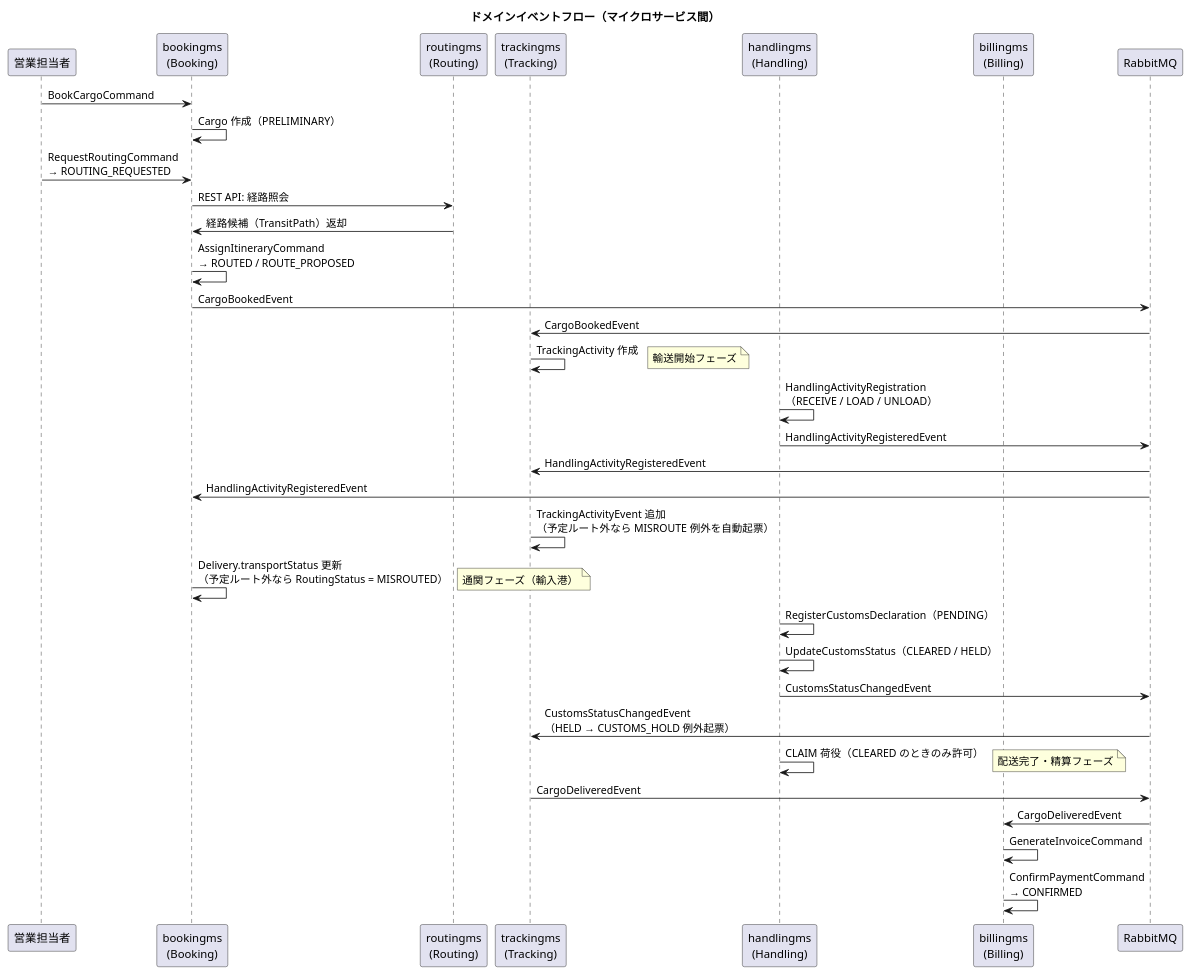
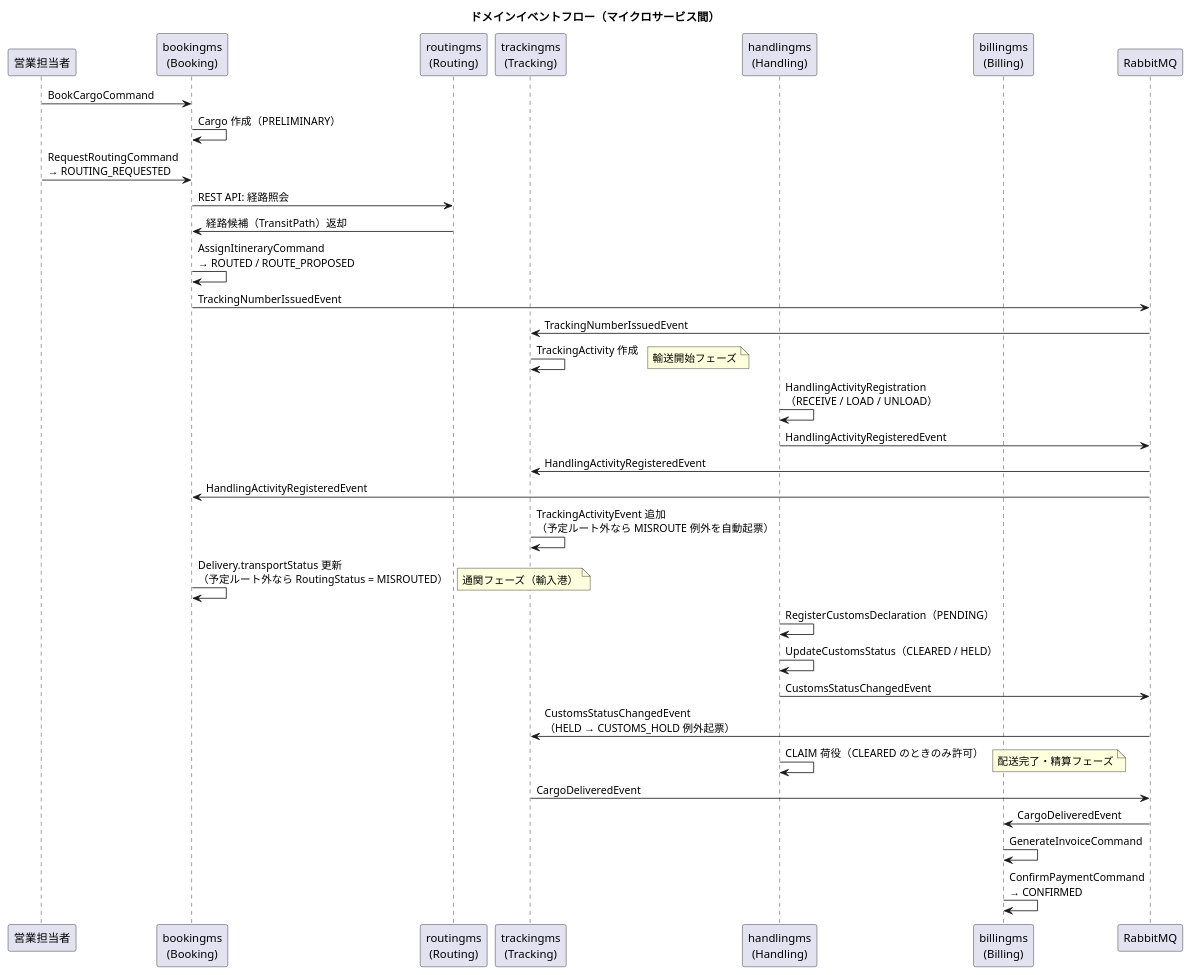
The tenth of 10 diagrams in docs/design/domain-model.md (k2works/case-study-cargo-tracker), drawn with PlantUML before and after one commit. The commit also changed other lines of this file and 6 other files, not shown here.

First line of the commit message:
docs(design): 廃止した CargoBookedEvent の寄せ残しを直し、検査で固定する

````diff
--- a/docs/design/domain-model.md
+++ b/docs/design/domain-model.md
@@ -1398,48 +1399,48 @@
 ```plantuml
 @startuml
 title ドメインイベントフロー（マイクロサービス間）
 
 participant "営業担当者" as sales
 participant "bookingms\n(Booking)" as booking
 participant "routingms\n(Routing)" as routing
 participant "trackingms\n(Tracking)" as tracking
 participant "handlingms\n(Handling)" as handling
 participant "billingms\n(Billing)" as billing
 participant "RabbitMQ" as mq
 
 sales -> booking : BookCargoCommand
 booking -> booking : Cargo 作成（PRELIMINARY）
 sales -> booking : RequestRoutingCommand\n→ ROUTING_REQUESTED
 booking -> routing : REST API: 経路照会
 routing -> booking : 経路候補（TransitPath）返却
 booking -> booking : AssignItineraryCommand\n→ ROUTED / ROUTE_PROPOSED
-booking -> mq : CargoBookedEvent
-mq -> tracking : CargoBookedEvent
+booking -> mq : TrackingNumberIssuedEvent
+mq -> tracking : TrackingNumberIssuedEvent
 tracking -> tracking : TrackingActivity 作成
 
 note right : 輸送開始フェーズ
 
 handling -> handling : HandlingActivityRegistration\n（RECEIVE / LOAD / UNLOAD）
 handling -> mq : HandlingActivityRegisteredEvent
 mq -> tracking : HandlingActivityRegisteredEvent
 mq -> booking : HandlingActivityRegisteredEvent
 tracking -> tracking : TrackingActivityEvent 追加\n（予定ルート外なら MISROUTE 例外を自動起票）
 booking -> booking : Delivery.transportStatus 更新\n（予定ルート外なら RoutingStatus = MISROUTED）
 
 note right : 通関フェーズ（輸入港）
 
 handling -> handling : RegisterCustomsDeclaration（PENDING）
 handling -> handling : UpdateCustomsStatus（CLEARED / HELD）
 handling -> mq : CustomsStatusChangedEvent
 mq -> tracking : CustomsStatusChangedEvent\n（HELD → CUSTOMS_HOLD 例外起票）
 handling -> handling : CLAIM 荷役（CLEARED のときのみ許可）
 
 note right : 配送完了・精算フェーズ
 
 tracking -> mq : CargoDeliveredEvent
 mq -> billing : CargoDeliveredEvent
 billing -> billing : GenerateInvoiceCommand
 billing -> billing : ConfirmPaymentCommand\n→ CONFIRMED
 
 @enduml
 ```
````
